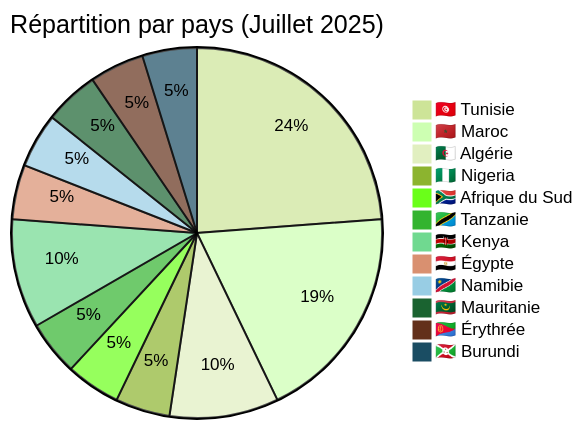
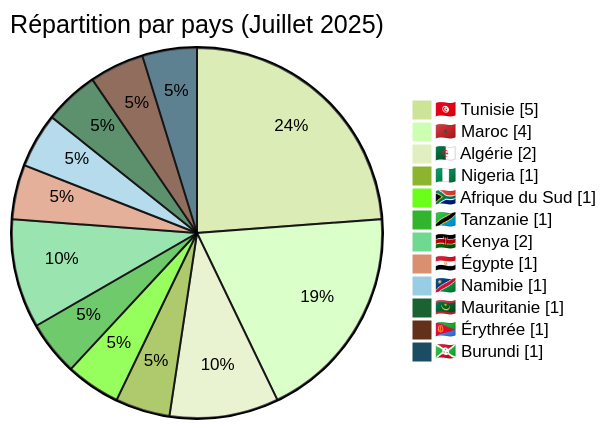
One commit to Hatchepsoute/AFRINTEL changed the third of 6 diagrams in CyberAttackAfrica/2025/07-july/README_FR.md. Above: the diagram before and after it, drawn with Mermaid (forest theme). The commit also changed other lines of this file and 182 other files, not shown here.

````diff
--- a/CyberAttackAfrica/2025/07-july/README_FR.md
+++ b/CyberAttackAfrica/2025/07-july/README_FR.md
@@ -105,15 +109,16 @@
 ```mermaid
-pie title Répartition par pays (Juillet 2025)
+pie showData
+    title Répartition par pays (Juillet 2025)
     "🇹🇳 Tunisie" : 5
     "🇲🇦 Maroc" : 4
     "🇩🇿 Algérie" : 2
     "🇳🇬 Nigeria" : 1
     "🇿🇦 Afrique du Sud" : 1
     "🇹🇿 Tanzanie" : 1
     "🇰🇪 Kenya" : 2
     "🇪🇬 Égypte" : 1
     "🇳🇦 Namibie" : 1
     "🇲🇷 Mauritanie" : 1
     "🇪🇷 Érythrée" : 1
     "🇧🇮 Burundi" : 1
 ```
````
